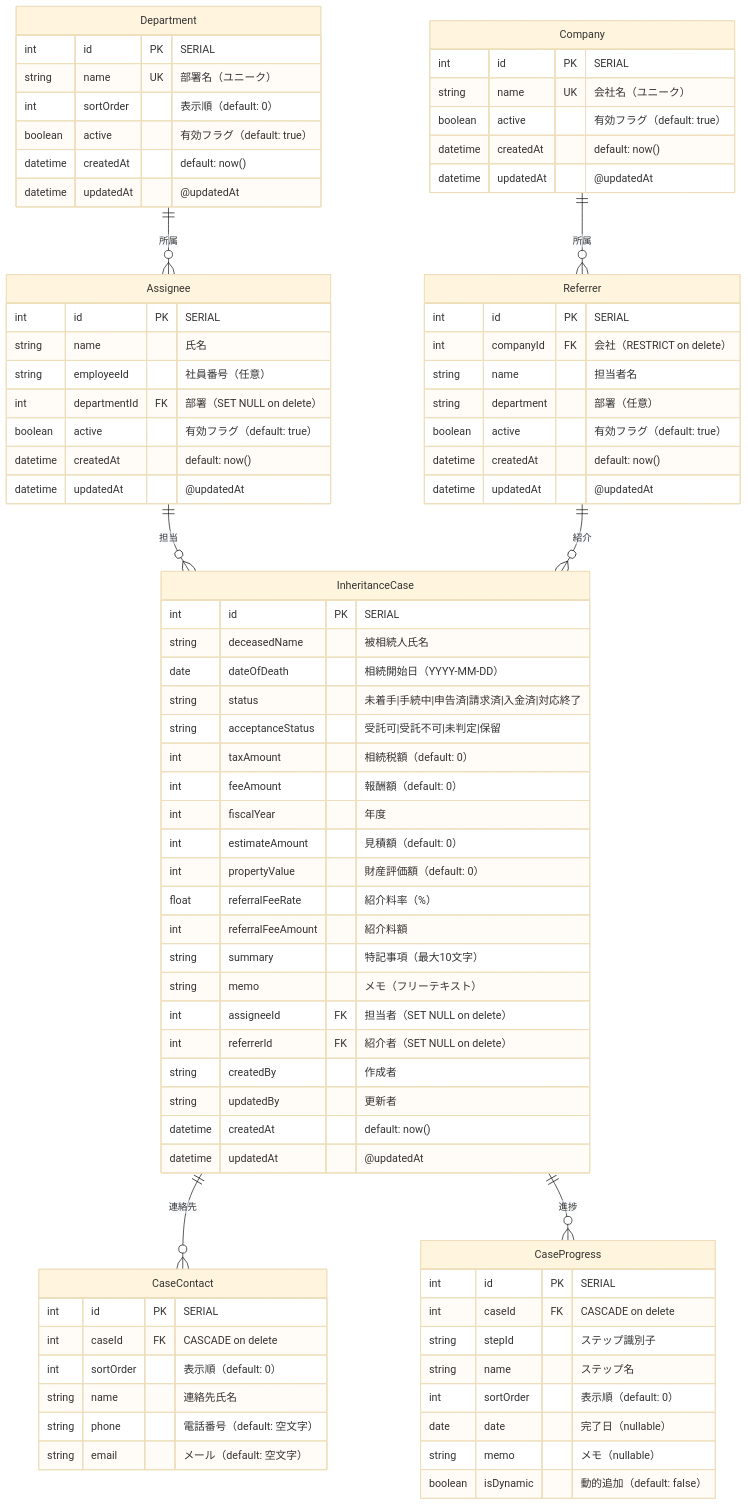
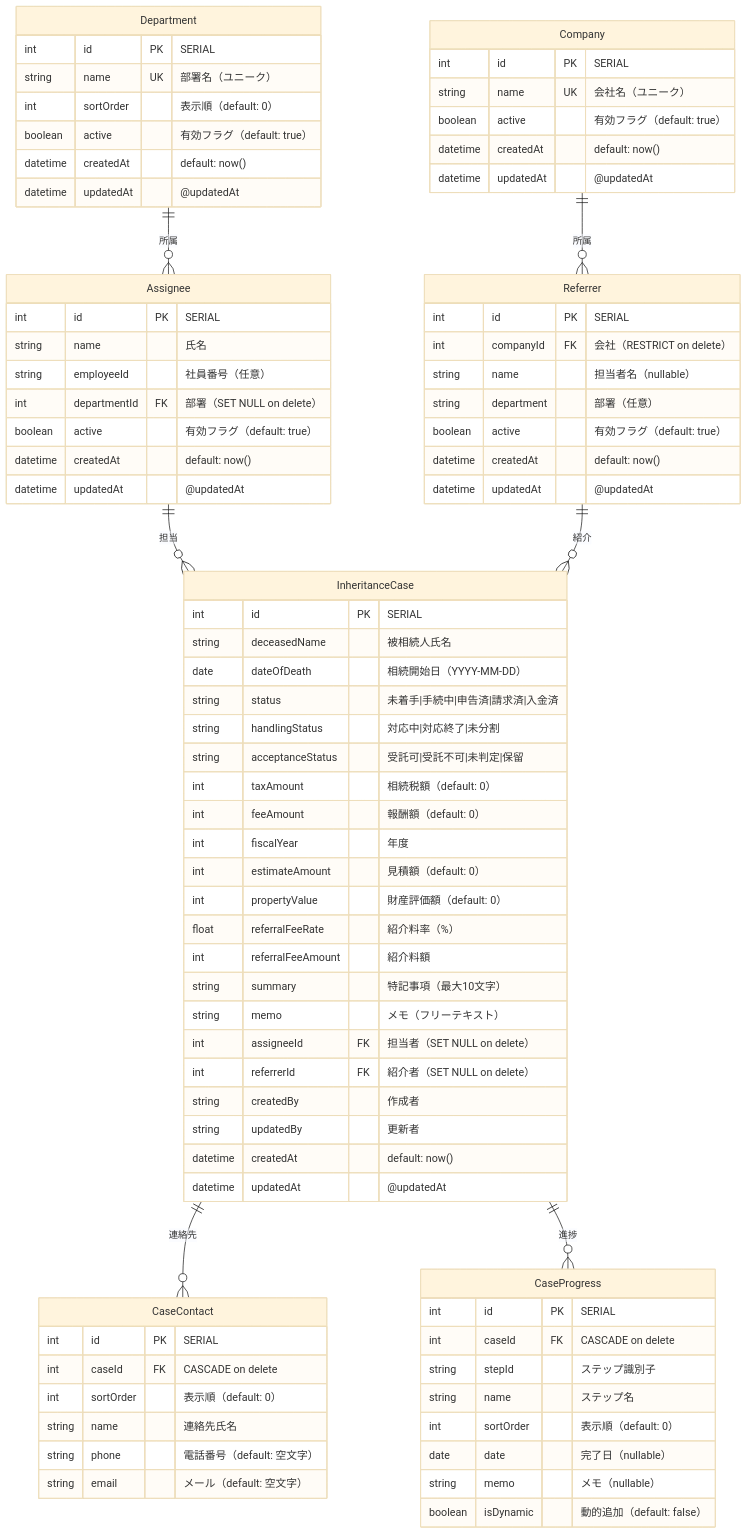
The diagram in apps/inheritance-case-management/docs/database_schema.md (kojima1978/tax_apps), drawn with Mermaid (base theme) before and after one commit. The commit also changed other lines of this file and 35 other files, not shown here.

```diff
--- a/apps/inheritance-case-management/docs/database_schema.md
+++ b/apps/inheritance-case-management/docs/database_schema.md
@@ -41,7 +41,7 @@
     Referrer {
         int id PK "SERIAL"
         int companyId FK "会社（RESTRICT on delete）"
-        string name "担当者名"
+        string name "担当者名（nullable）"
         string department "部署（任意）"
         boolean active "有効フラグ（default: true）"
         datetime createdAt "default: now()"
@@ -52,7 +52,8 @@
         int id PK "SERIAL"
         string deceasedName "被相続人氏名"
         date dateOfDeath "相続開始日（YYYY-MM-DD）"
-        string status "未着手|手続中|申告済|請求済|入金済|対応終了"
+        string status "未着手|手続中|申告済|請求済|入金済"
+        string handlingStatus "対応中|対応終了|未分割"
         string acceptanceStatus "受託可|受託不可|未判定|保留"
         int taxAmount "相続税額（default: 0）"
         int feeAmount "報酬額（default: 0）"
```
